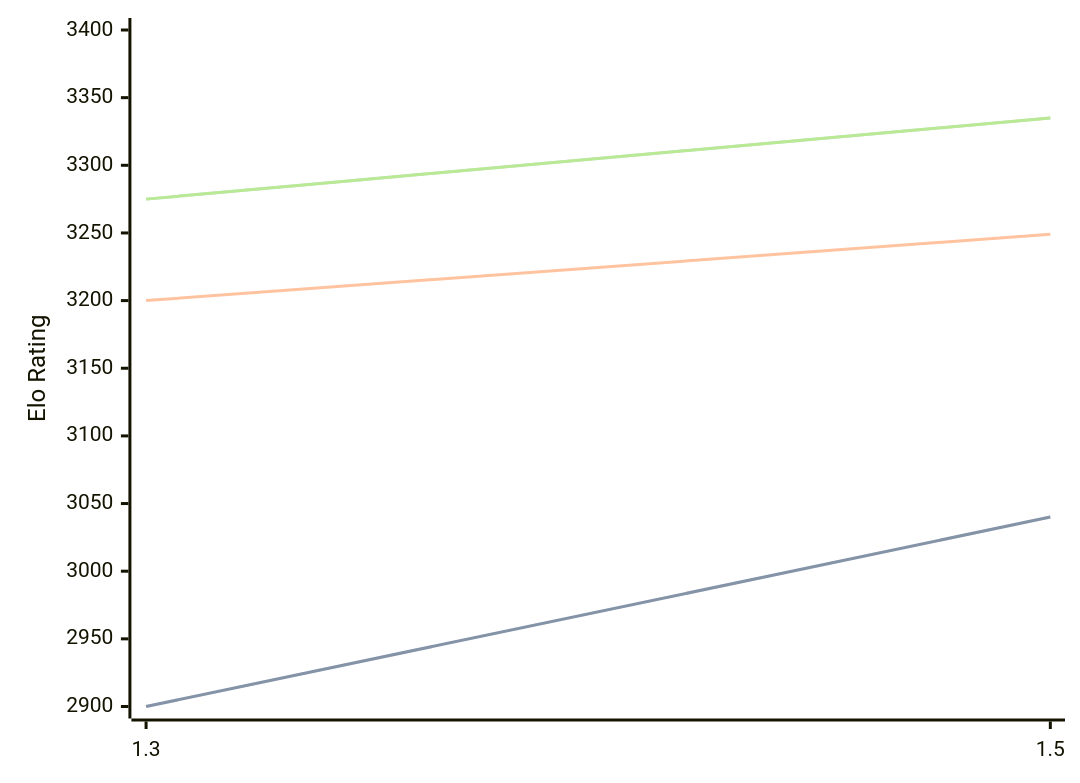
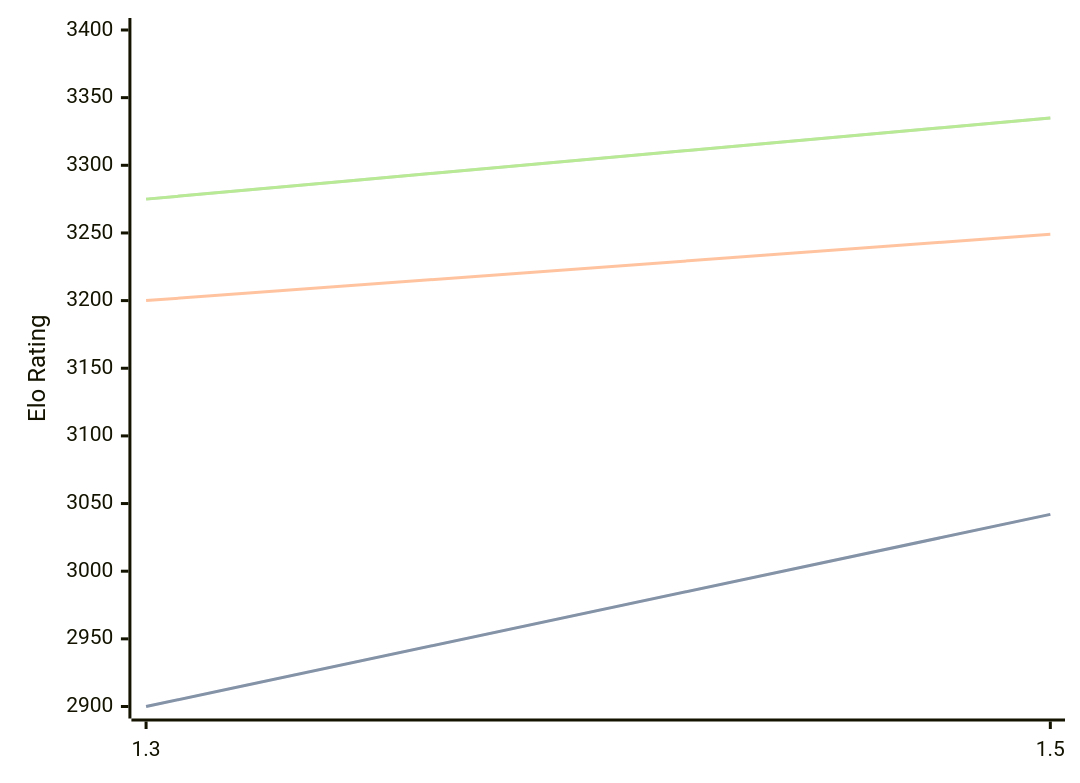
Before and after one commit to computer-chess-index/cci: the first of 3 diagrams in engines/Lambergar.md, drawn with Mermaid. The commit also changed other lines of this file, not shown here.

````diff
--- a/engines/Lambergar.md
+++ b/engines/Lambergar.md
@@ -44,11 +44,11 @@
 ```mermaid
 %%{init: {"theme":"base","themeVariables":{"seriesColors:['#a3a3a3','#222221','#faa371']}}}%%
 xychart-beta
   x-axis ["1.3", "1.5"]
   y-axis "Elo Rating" 2900 --> 3400
-  line "STC (8.0+0.08s)" [2900, 3040]
-  line "STC (8.0+0.08s)" [2900, 3040]
+  line "STC (8.0+0.08s)" [2900, 3042]
+  line "STC (8.0+0.08s)" [2900, 3042]
   line "LTC (60.0+0.60s)" [3200, 3249]
   line "VLTC (2m24s+1.12s)" [3275, 3335]
   line "VLTC (2m24s+1.12s)" [3275, 3335]
 ```
````
